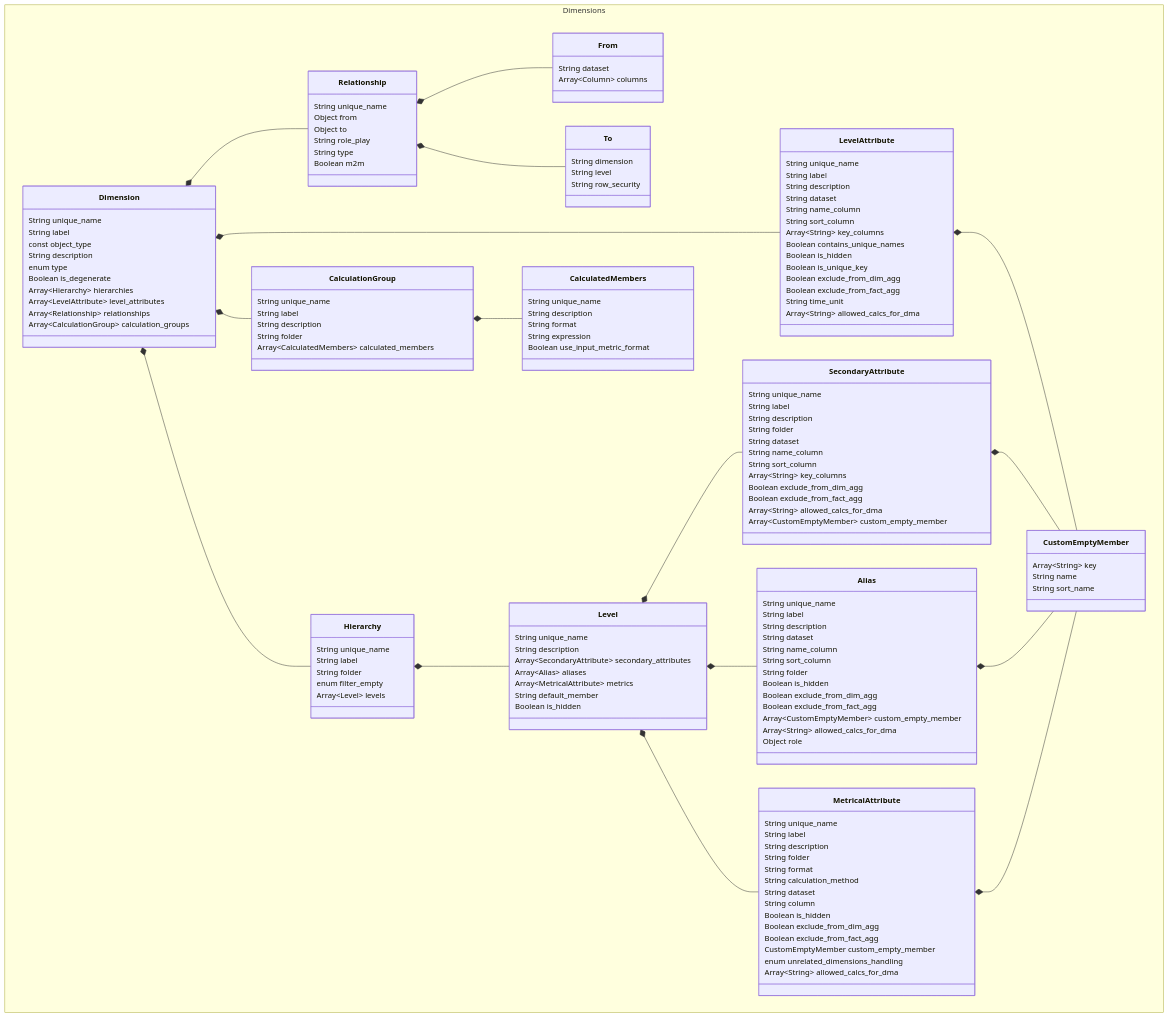
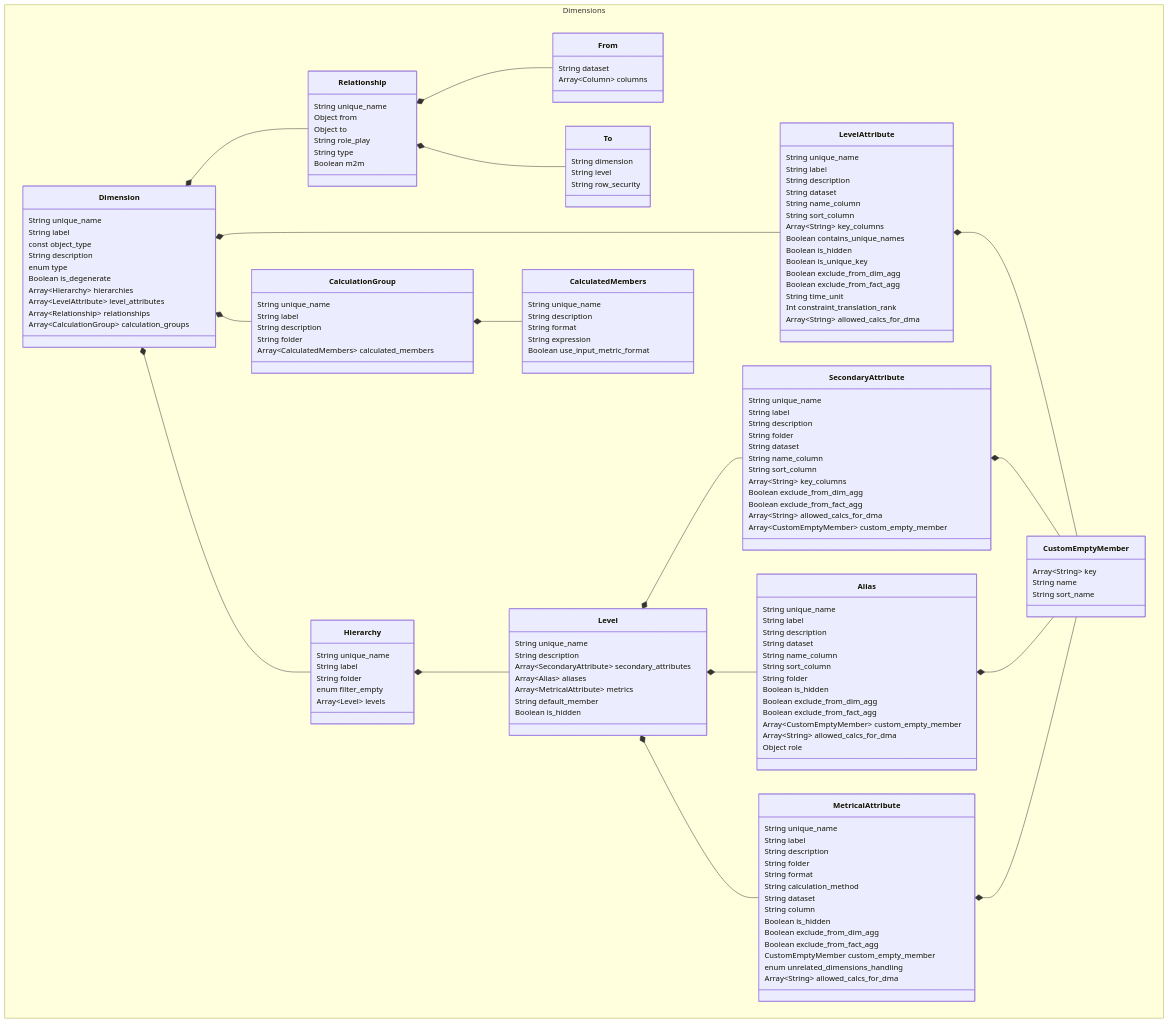
The diagram in sml-reference/dimension.md (semanticdatalayer/SML), drawn with Mermaid before and after one commit. The commit also changed other lines of this file and 1 other file, not shown here.

```diff
--- a/sml-reference/dimension.md
+++ b/sml-reference/dimension.md
@@ -254,6 +254,7 @@
       Boolean exclude_from_dim_agg
       Boolean exclude_from_fact_agg
       String time_unit
+      Int constraint_translation_rank
       Array~String~ allowed_calcs_for_dma
     }
     class SecondaryAttribute{
```
